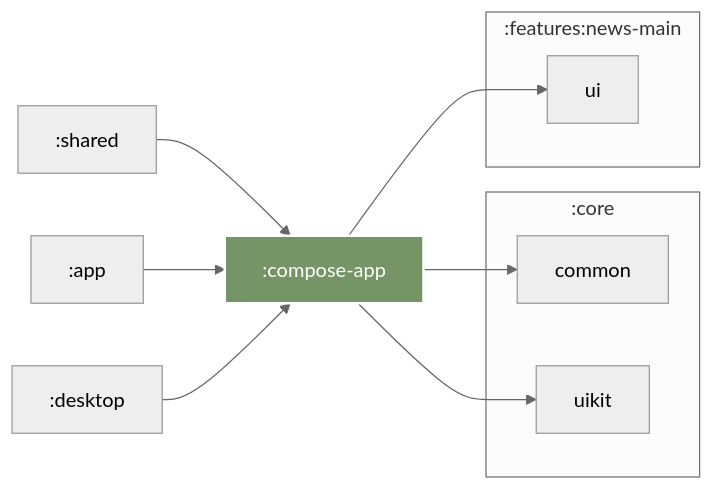
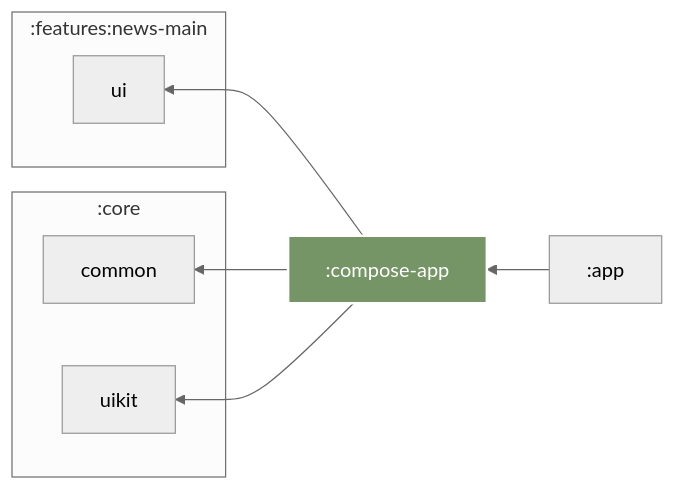
The diagram in README.md (androidbroadcast/SampleNewsApp), drawn with Mermaid before and after one commit. The commit also changed 1 other file, not shown here.

Commit message:
Code for video sample

````diff
--- a/README.md
+++ b/README.md
@@ -3,25 +3,23 @@
 ```mermaid
 %%{
   init: {
     'theme': 'neutral'
   }
 }%%
 
-graph LR
+graph RL
   subgraph :core
     :core:common["common"]
     :core:uikit["uikit"]
   end
   subgraph :features:news-main
     :features:news-main:ui["ui"]
   end
-  :shared --> :compose-app
   :compose-app --> :features:news-main:ui
   :compose-app --> :core:common
   :compose-app --> :core:uikit
   :app --> :compose-app
-  :desktop --> :compose-app
 
 classDef focus fill:#769566,stroke:#fff,stroke-width:2px,color:#fff;
 class :compose-app focus
 ```
````
